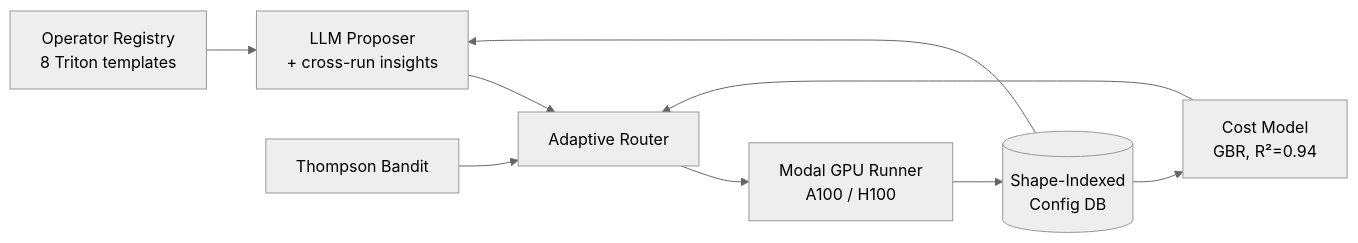
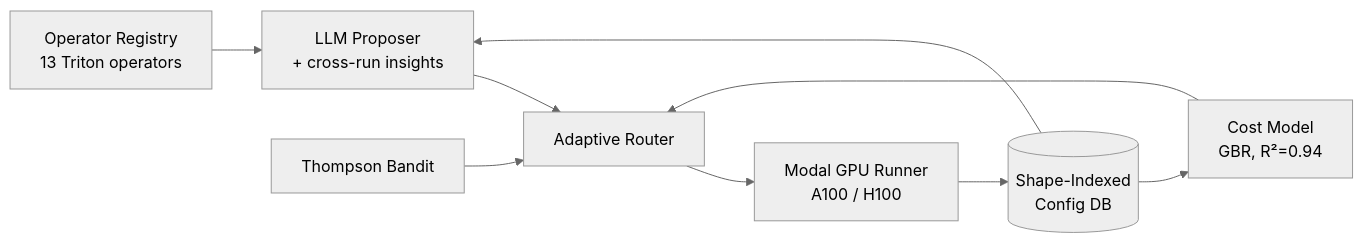
One commit to PwnKit-Labs/noeris changed the first of 2 diagrams in README.md. Above: the diagram before and after it, drawn with Mermaid (neutral theme). The commit also changed other lines of this file and 1 other file, not shown here.

First line of the commit message:
Update operator count to 13 across README + paper

````diff
--- a/README.md
+++ b/README.md
@@ -20,11 +20,11 @@
 ```mermaid
 flowchart LR
-    OP[Operator Registry<br/>8 Triton templates] --> PROP[LLM Proposer<br/>+ cross-run insights]
+    OP[Operator Registry<br/>13 Triton operators] --> PROP[LLM Proposer<br/>+ cross-run insights]
     DB[(Shape-Indexed<br/>Config DB)] --> PROP
     DB --> CM[Cost Model<br/>GBR, R²=0.94]
     PROP --> SEL
     CM --> SEL[Adaptive Router]
     BAN[Thompson Bandit] --> SEL
     SEL --> MOD[Modal GPU Runner<br/>A100 / H100]
     MOD --> DB
 ```
````
